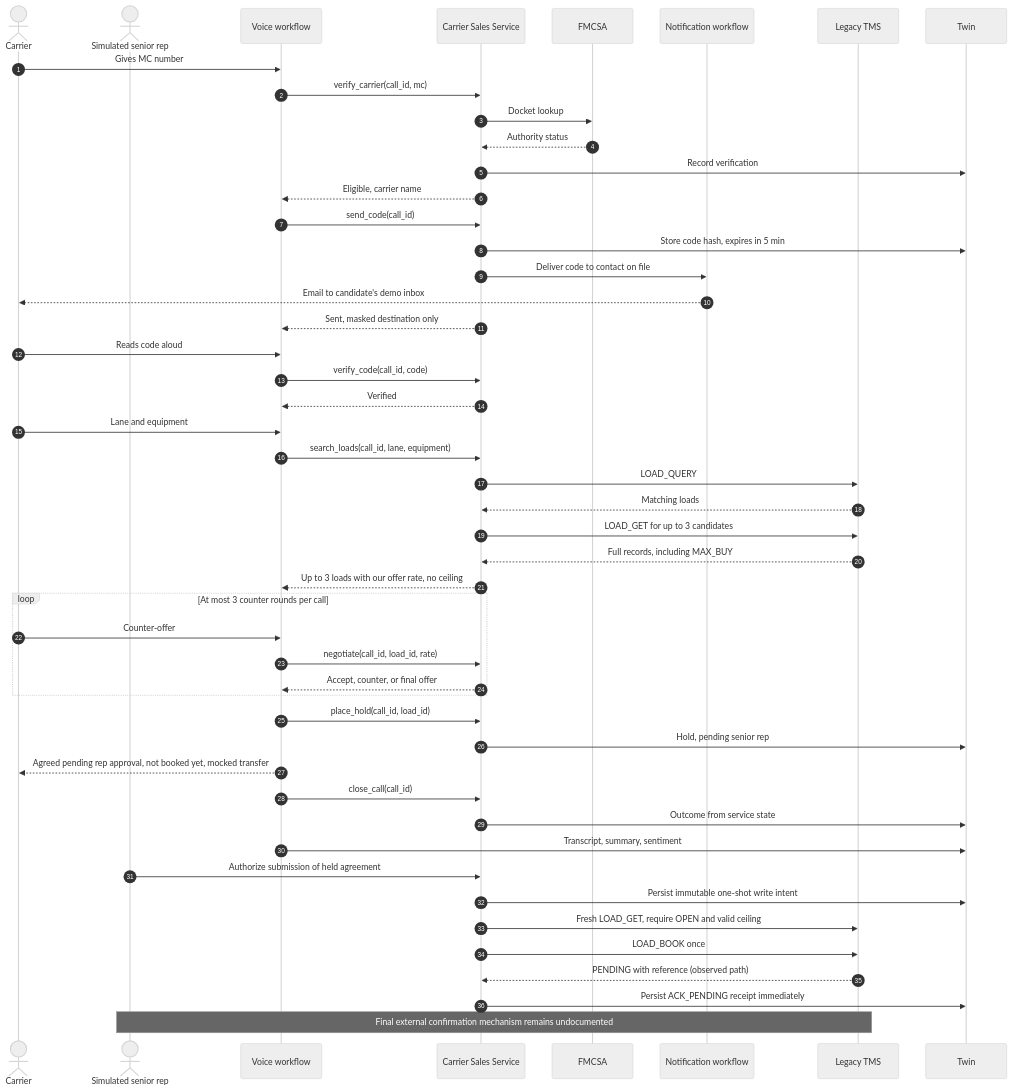
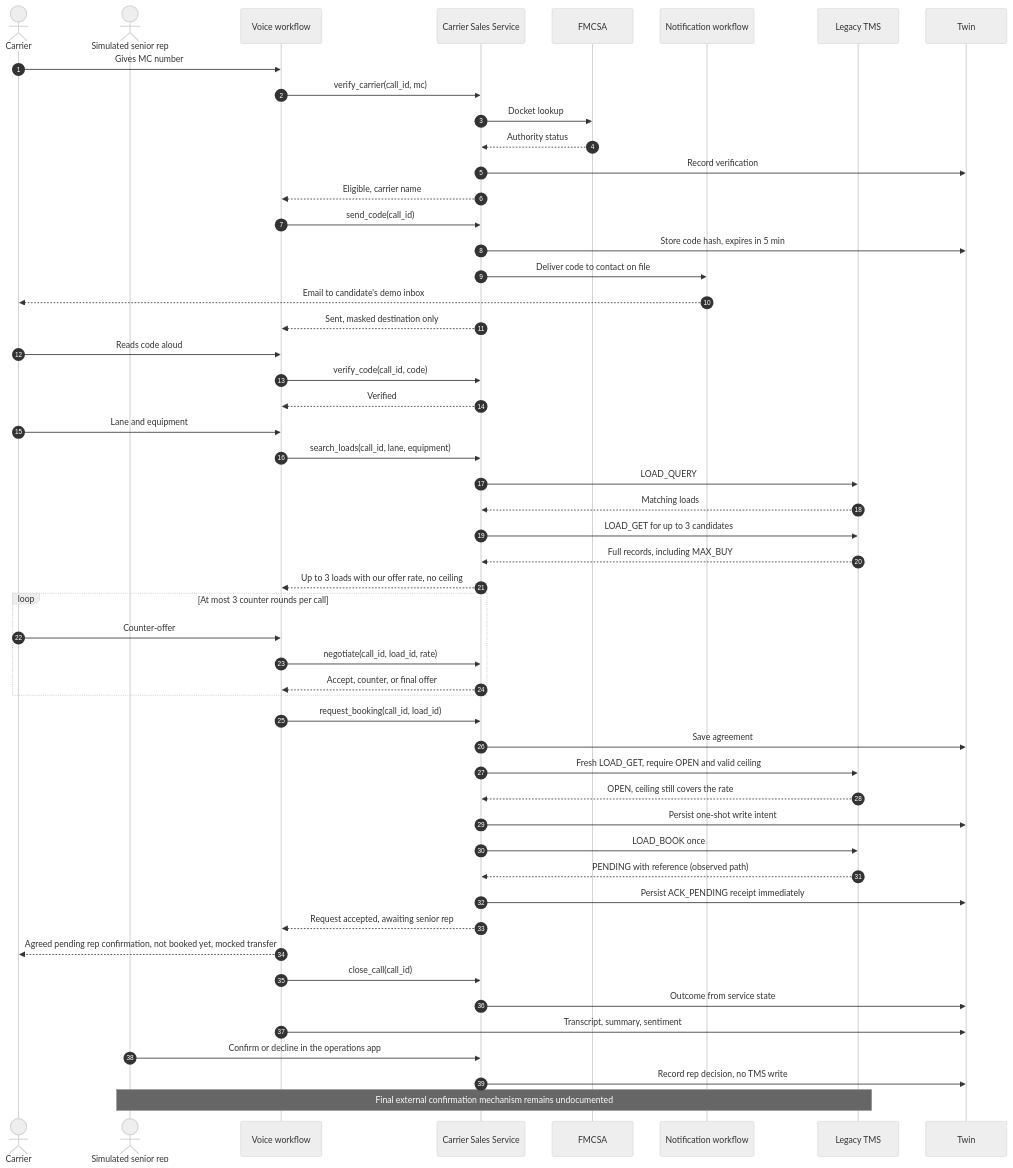
Before and after one commit to sgon0181/happyrobot-inbound-carrier-sales: the second of 3 diagrams in ARCHITECTURE.md, drawn with Mermaid (neutral theme). The commit also changed other lines of this file and 5 other files, not shown here.

First line of the commit message:
docs: architecture v2.3, book at agreement

````diff
--- a/ARCHITECTURE.md
+++ b/ARCHITECTURE.md
@@ -86,57 +86,60 @@
 ```mermaid
 sequenceDiagram
     autonumber
     actor C as Carrier
     actor R as Simulated senior rep
     participant A as Voice workflow
     participant S as Carrier Sales Service
     participant F as FMCSA
     participant N as Notification workflow
     participant T as Legacy TMS
     participant D as Twin
 
     C->>A: Gives MC number
     A->>S: verify_carrier(call_id, mc)
     S->>F: Docket lookup
     F-->>S: Authority status
     S->>D: Record verification
     S-->>A: Eligible, carrier name
 
     A->>S: send_code(call_id)
     S->>D: Store code hash, expires in 5 min
     S->>N: Deliver code to contact on file
     N-->>C: Email to candidate's demo inbox
     S-->>A: Sent, masked destination only
     C->>A: Reads code aloud
     A->>S: verify_code(call_id, code)
     S-->>A: Verified
 
     C->>A: Lane and equipment
     A->>S: search_loads(call_id, lane, equipment)
     S->>T: LOAD_QUERY
     T-->>S: Matching loads
     S->>T: LOAD_GET for up to 3 candidates
     T-->>S: Full records, including MAX_BUY
     S-->>A: Up to 3 loads with our offer rate, no ceiling
 
     loop At most 3 counter rounds per call
         C->>A: Counter-offer
         A->>S: negotiate(call_id, load_id, rate)
         S-->>A: Accept, counter, or final offer
     end
 
-    A->>S: place_hold(call_id, load_id)
-    S->>D: Hold, pending senior rep
-    A-->>C: Agreed pending rep approval, not booked yet, mocked transfer
+    A->>S: request_booking(call_id, load_id)
+    S->>D: Save agreement
+    S->>T: Fresh LOAD_GET, require OPEN and valid ceiling
+    T-->>S: OPEN, ceiling still covers the rate
+    S->>D: Persist one-shot write intent
+    S->>T: LOAD_BOOK once
+    T-->>S: PENDING with reference (observed path)
+    S->>D: Persist ACK_PENDING receipt immediately
+    S-->>A: Request accepted, awaiting senior rep
+    A-->>C: Agreed pending rep confirmation, not booked yet, mocked transfer
 
     A->>S: close_call(call_id)
     S->>D: Outcome from service state
     A->>D: Transcript, summary, sentiment
-    R->>S: Authorize submission of held agreement
-    S->>D: Persist immutable one-shot write intent
-    S->>T: Fresh LOAD_GET, require OPEN and valid ceiling
-    S->>T: LOAD_BOOK once
-    T-->>S: PENDING with reference (observed path)
-    S->>D: Persist ACK_PENDING receipt immediately
+    R->>S: Confirm or decline in the operations app
+    S->>D: Record rep decision, no TMS write
     Note over R,T: Final external confirmation mechanism remains undocumented
 ```
````
